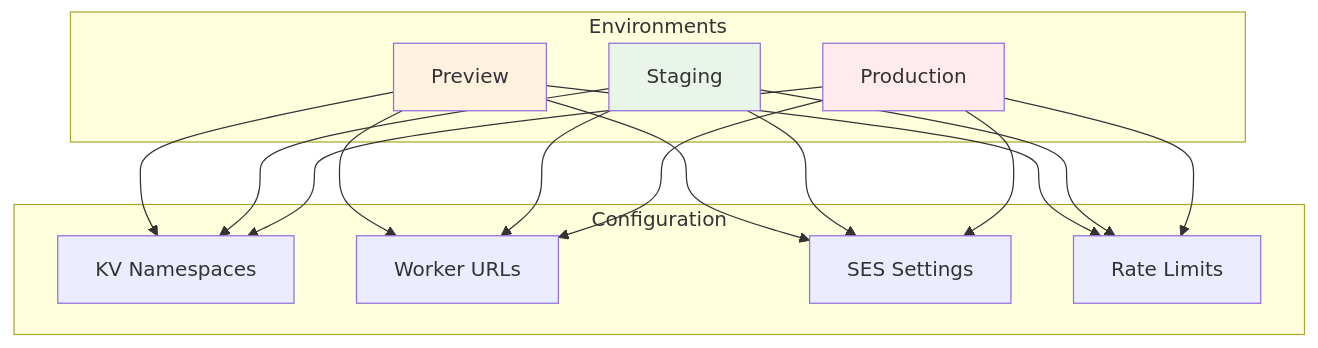
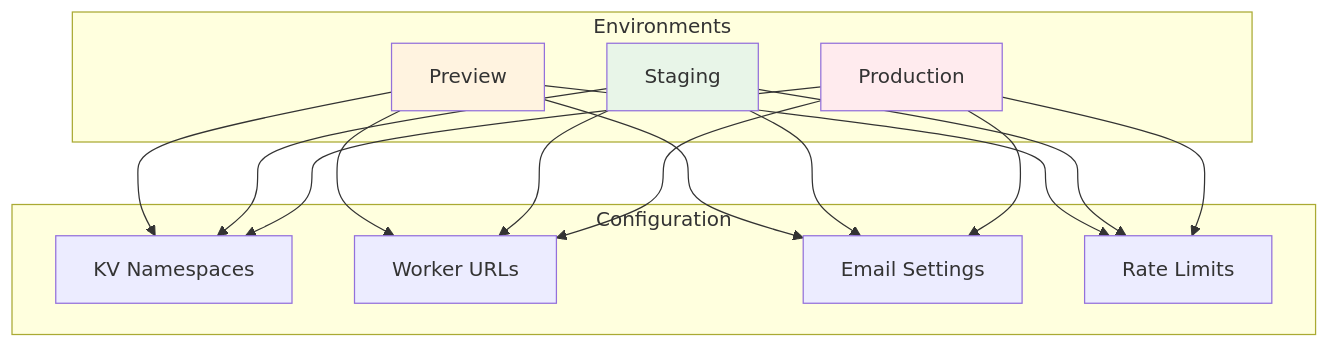
One commit to NolanFoster/seasoned-app changed the fifth of 6 diagrams in auth-worker/ARCHITECTURE.md. Above: the diagram before and after it, drawn with Mermaid. The commit also changed other lines of this file and 20 other files, not shown here.

````diff
--- a/auth-worker/ARCHITECTURE.md
+++ b/auth-worker/ARCHITECTURE.md
@@ -205,35 +205,35 @@
 ```mermaid
 graph TB
     subgraph "Environments"
         A[Preview]
         B[Staging]
         C[Production]
     end
     
     subgraph "Configuration"
         D[KV Namespaces]
         E[Worker URLs]
-        F[SES Settings]
+        F[Email Settings]
         G[Rate Limits]
     end
     
     A --> D
     B --> D
     C --> D
     
     A --> E
     B --> E
     C --> E
     
     A --> F
     B --> F
     C --> F
     
     A --> G
     B --> G
     C --> G
     
     style A fill:#fff3e0
     style B fill:#e8f5e8
     style C fill:#ffebee
 ```
````
